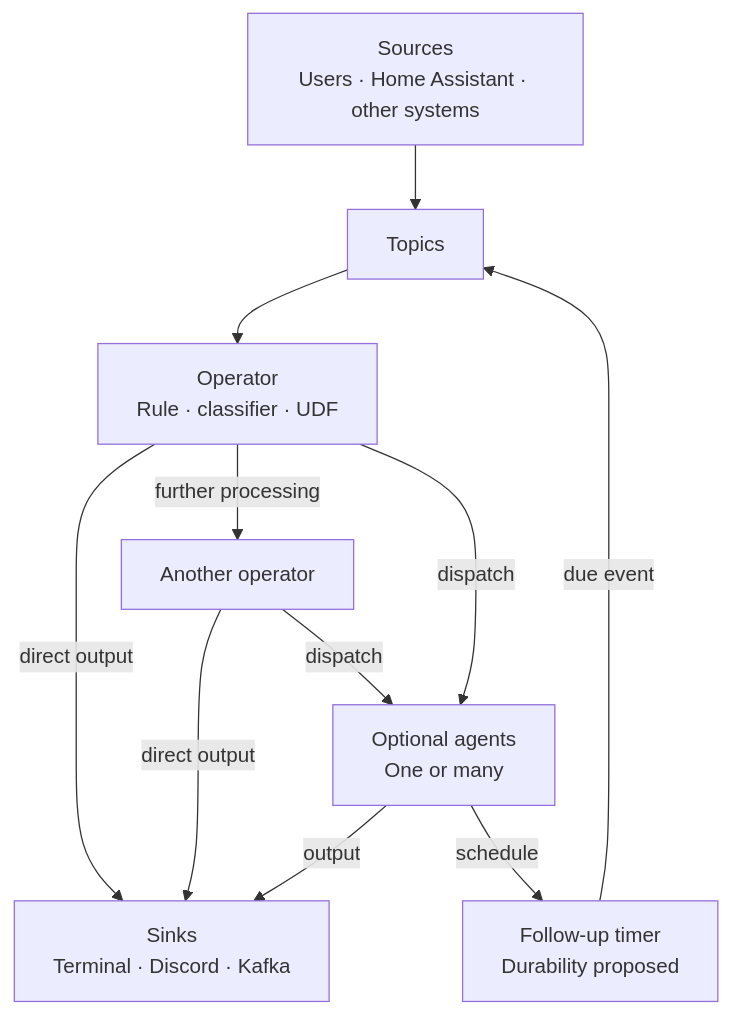
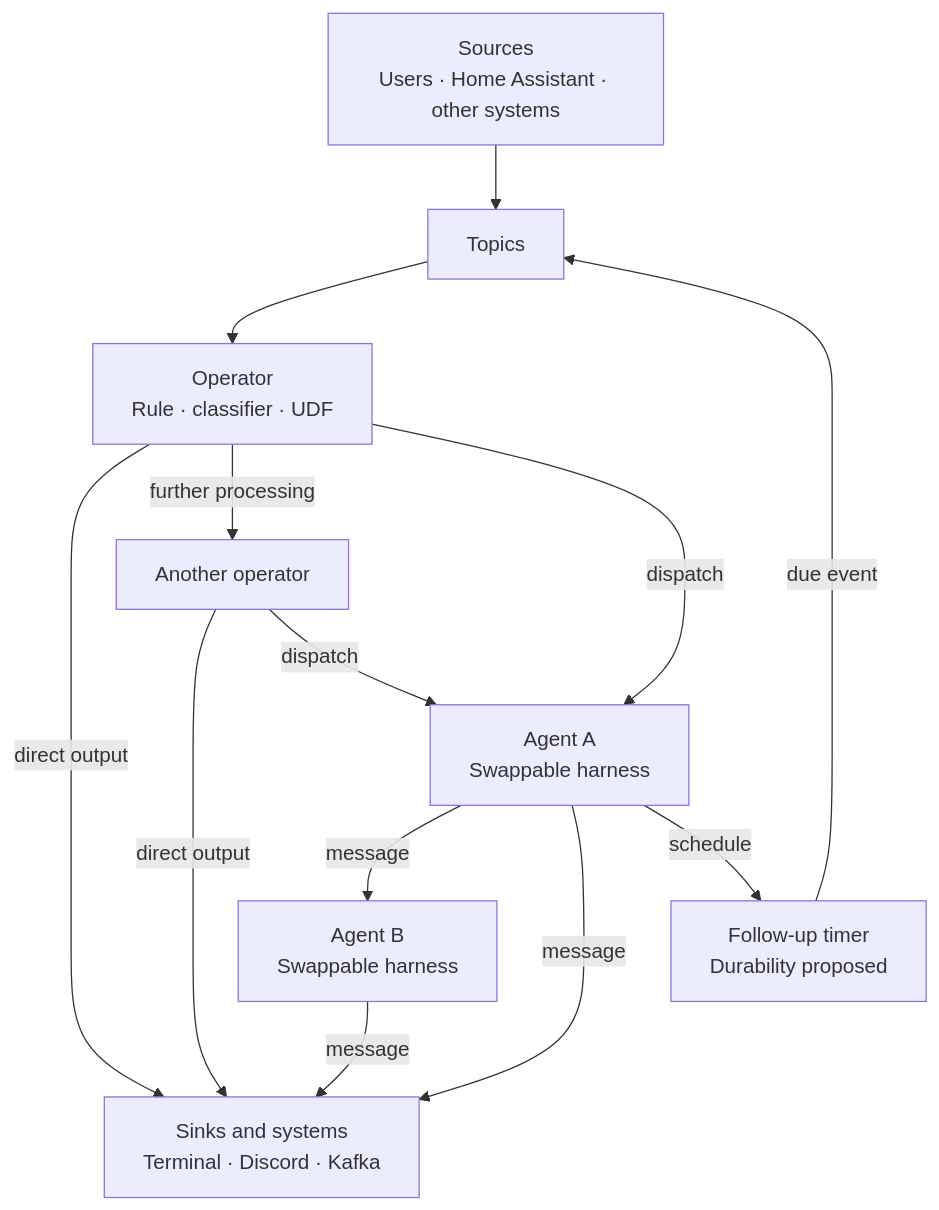
One commit to CitizenBean/brook changed the first of 5 diagrams in docs/architecture.md. Above: the diagram before and after it, drawn with Mermaid. The commit also changed other lines of this file and 5 other files, not shown here.

Commit message:
docs: define swappable harnesses and async continuations

````diff
--- a/docs/architecture.md
+++ b/docs/architecture.md
@@ -20,22 +23,25 @@
 ```mermaid
 flowchart TB
-    accTitle: Brook operator graph
-    accDescr: Sources publish to topics. Any operator may route directly to a sink, to another processor, or to optional agents. Agent follow-ups return through timers and topics.
+    accTitle: Brook operator and agent graph
+    accDescr: Operators route directly to sinks, to processors, or to agents using swappable harnesses. Agents send messages to other agents and systems. Timed follow-ups return through topics.
     sources["Sources<br/>Users · Home Assistant · other systems"]
     topics["Topics"]
     operator["Operator<br/>Rule · classifier · UDF"]
     next["Another operator"]
-    agents["Optional agents<br/>One or many"]
-    sinks["Sinks<br/>Terminal · Discord · Kafka"]
+    agents["Agent A<br/>Swappable harness"]
+    agentb["Agent B<br/>Swappable harness"]
+    sinks["Sinks and systems<br/>Terminal · Discord · Kafka"]
     timer["Follow-up timer<br/>Durability proposed"]
     sources --> topics
     topics --> operator
     operator -->|direct output| sinks
     operator -->|further processing| next
     operator -->|dispatch| agents
     next -->|direct output| sinks
     next -->|dispatch| agents
-    agents -->|output| sinks
+    agents -->|message| agentb
+    agents -->|message| sinks
+    agentb -->|message| sinks
     agents -->|schedule| timer
     timer -->|due event| topics
 ```
````
